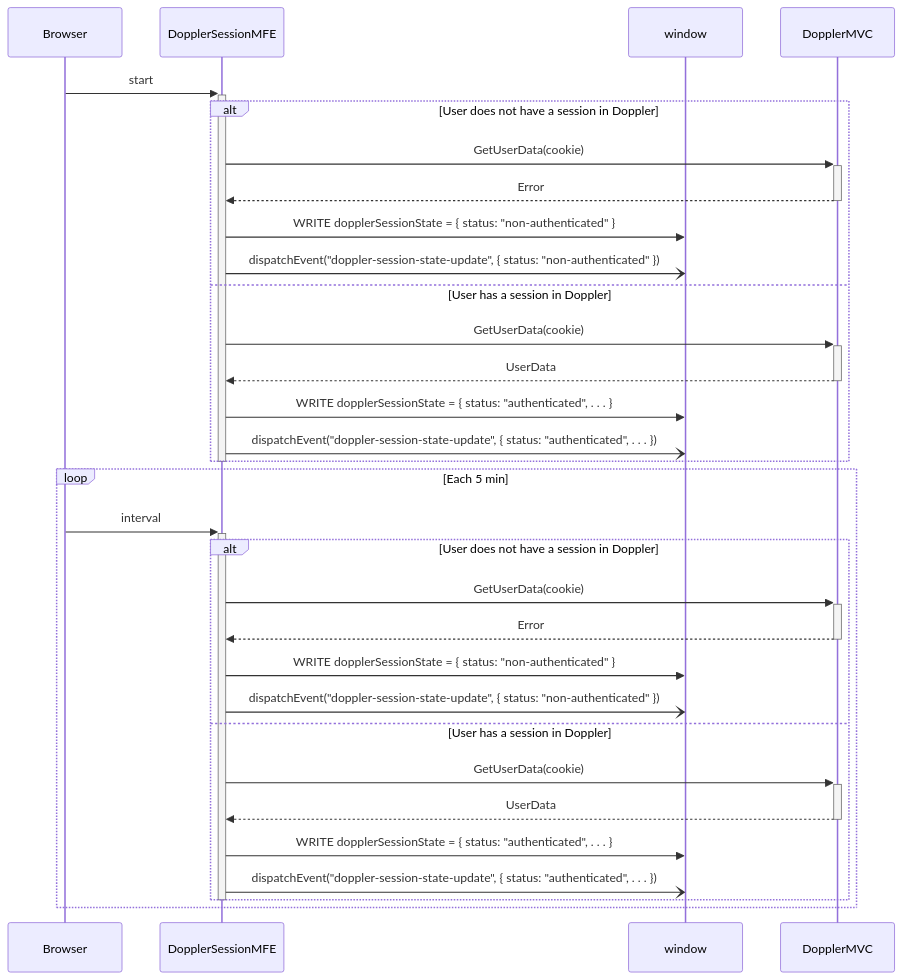
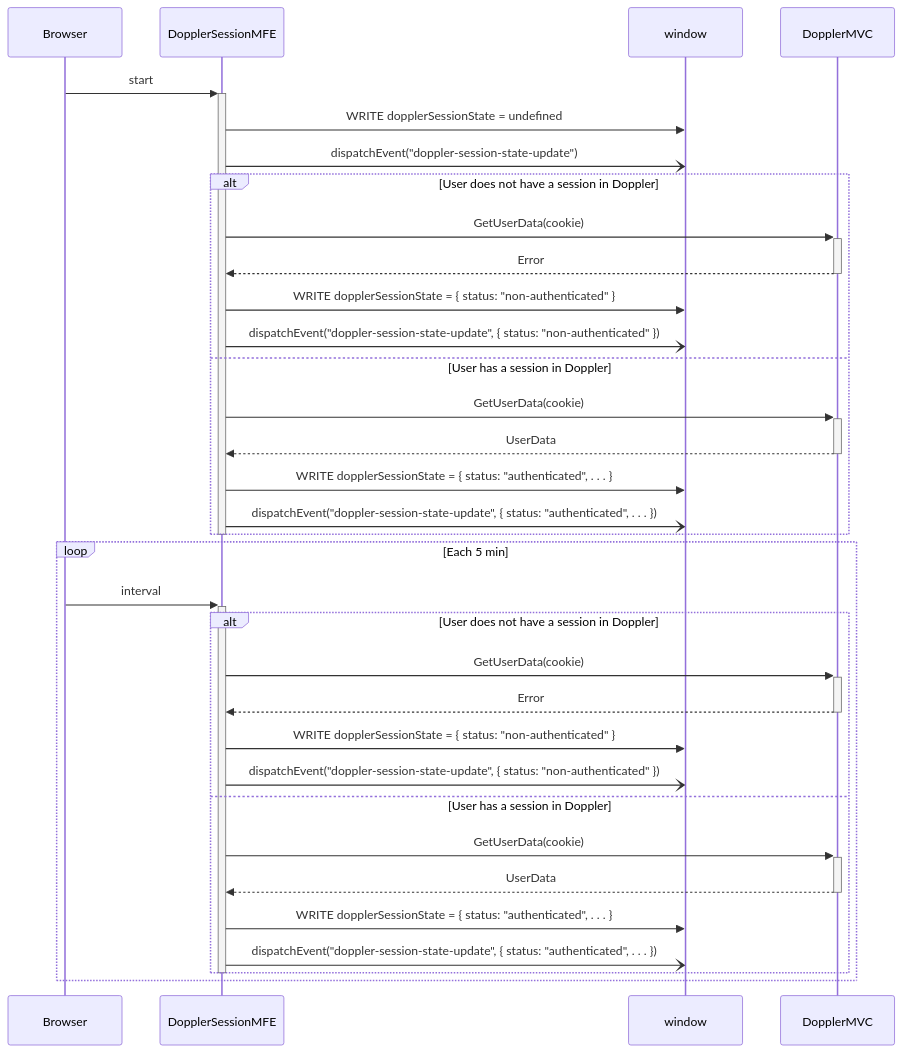
Before and after one commit to FromDoppler/doppler-session-mfe: the first of 2 diagrams in README.md, drawn with Mermaid. The commit also changed other lines of this file and 2 other files, not shown here.

Commit message:
fix: restore unknown status while session monitor initialization

````diff
--- a/README.md
+++ b/README.md
@@ -7,37 +7,39 @@
 ```mermaid
 sequenceDiagram
   participant Browser
   participant DopplerSessionMFE
   participant window
   participant DopplerMVC
 
   Browser->>+DopplerSessionMFE: start
+  DopplerSessionMFE->>window: WRITE dopplerSessionState = undefined
+  DopplerSessionMFE-)window:dispatchEvent("doppler-session-state-update")
   alt User does not have a session in Doppler
     DopplerSessionMFE->>+DopplerMVC: GetUserData(cookie)
     DopplerMVC-->>-DopplerSessionMFE: Error
     DopplerSessionMFE->>window: WRITE dopplerSessionState = { status: "non-authenticated" }
     DopplerSessionMFE-)window: dispatchEvent("doppler-session-state-update", { status: "non-authenticated" })
   else User has a session in Doppler
     DopplerSessionMFE->>+DopplerMVC: GetUserData(cookie)
     DopplerMVC-->>-DopplerSessionMFE: UserData
     DopplerSessionMFE->>window: WRITE dopplerSessionState = { status: "authenticated", . . . }
     DopplerSessionMFE-)window: dispatchEvent("doppler-session-state-update", { status: "authenticated", . . . })
   end
   deactivate DopplerSessionMFE
 
   loop Each 5 min
   Browser->>+DopplerSessionMFE: interval
   alt User does not have a session in Doppler
     DopplerSessionMFE->>+DopplerMVC: GetUserData(cookie)
     DopplerMVC-->>-DopplerSessionMFE: Error
     DopplerSessionMFE->>window: WRITE dopplerSessionState = { status: "non-authenticated" }
     DopplerSessionMFE-)window: dispatchEvent("doppler-session-state-update", { status: "non-authenticated" })
   else User has a session in Doppler
     DopplerSessionMFE->>+DopplerMVC: GetUserData(cookie)
     DopplerMVC-->>-DopplerSessionMFE: UserData
     DopplerSessionMFE->>window: WRITE dopplerSessionState = { status: "authenticated", . . . }
     DopplerSessionMFE-)window: dispatchEvent("doppler-session-state-update", { status: "authenticated", . . . })
   end
   deactivate DopplerSessionMFE
   end
 ```
````
